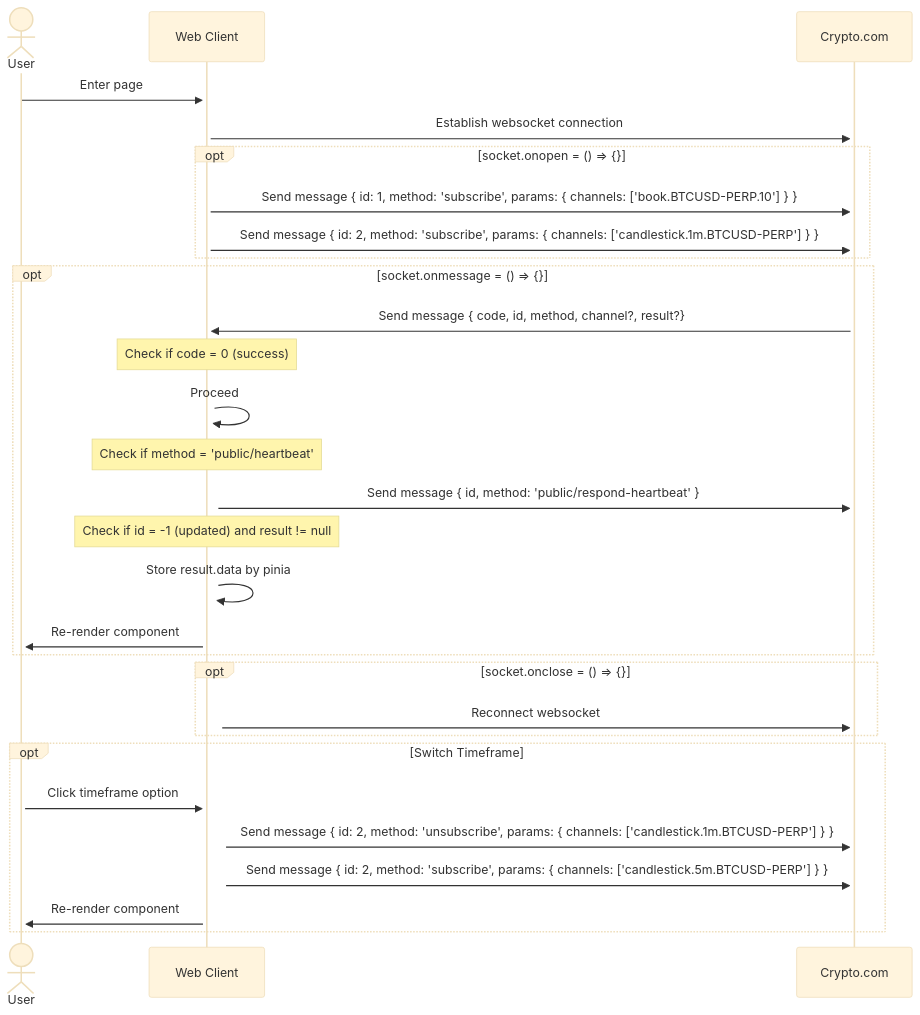
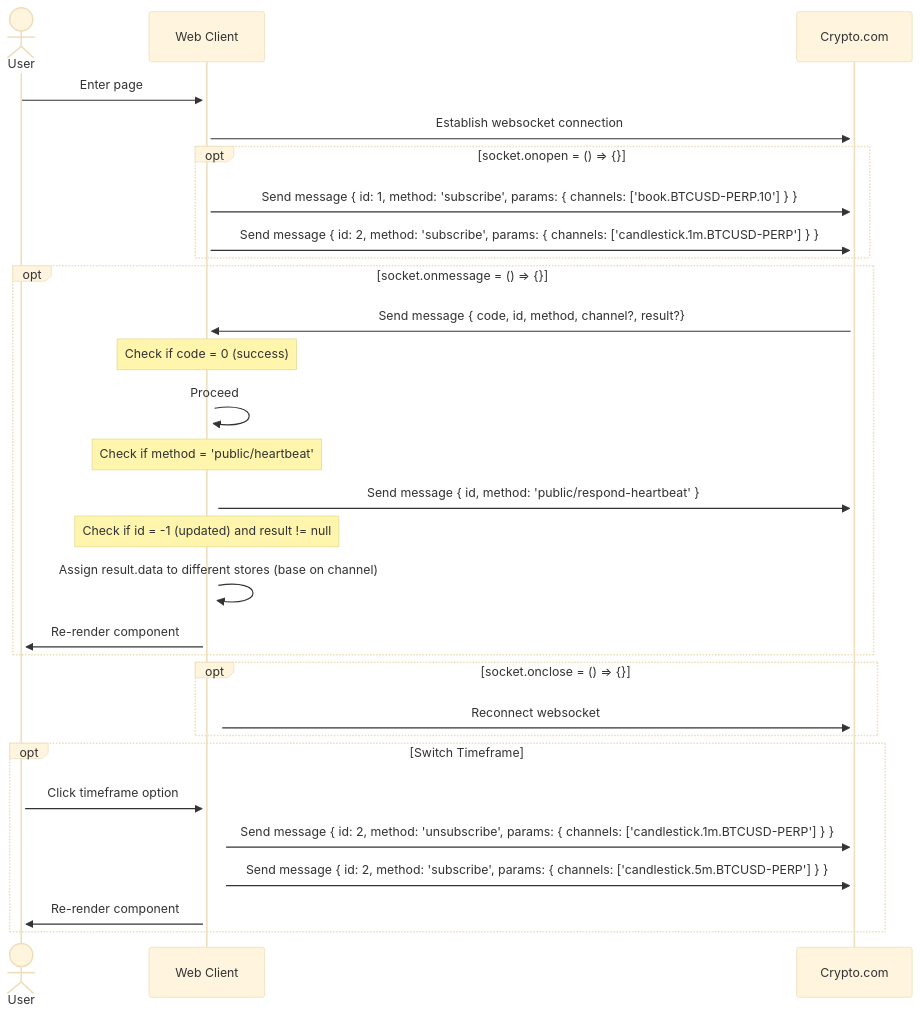
Before and after one commit to YuAnWu0000/cryptoExchange: the diagram in README.md, drawn with Mermaid (base theme).

Commit message:
UPDATE: Websocket flow chart in README.md

````diff
--- a/README.md
+++ b/README.md
@@ -11,31 +11,31 @@
 ```mermaid
 sequenceDiagram
   actor User
   participant Web Client
   participant Crypto.com
   User ->>+ Web Client: Enter page
   Web Client ->>+ Crypto.com: Establish websocket connection
   opt socket.onopen = () => {}
   Web Client->>+ Crypto.com: Send message { id: 1, method: 'subscribe', params: { channels: ['book.BTCUSD-PERP.10'] } }
   Web Client->>+ Crypto.com: Send message { id: 2, method: 'subscribe', params: { channels: ['candlestick.1m.BTCUSD-PERP'] } }
   end
   opt socket.onmessage = () => {}
   Crypto.com->>+ Web Client: Send message { code, id, method, channel?, result?}
   Note over Web Client: Check if code = 0 (success)
   Web Client->>+ Web Client: Proceed
   Note over Web Client: Check if method = 'public/heartbeat'
   Web Client->>+ Crypto.com: Send message { id, method: 'public/respond-heartbeat' }
   Note over Web Client: Check if id = -1 (updated) and result != null
-  Web Client->>+ Web Client: Store result.data by pinia
+  Web Client->>+ Web Client: Assign result.data to different stores (base on channel)
   Web Client->>+ User: Re-render component
   end
   opt socket.onclose = () => {}
   Web Client->>+ Crypto.com: Reconnect websocket
   end
   opt Switch Timeframe
   User->>+ Web Client: Click timeframe option
   Web Client->>+ Crypto.com: Send message { id: 2, method: 'unsubscribe', params: { channels: ['candlestick.1m.BTCUSD-PERP'] } }
   Web Client->>+ Crypto.com: Send message { id: 2, method: 'subscribe', params: { channels: ['candlestick.5m.BTCUSD-PERP'] } }
   Web Client->>+ User: Re-render component
   end
 ```
````
